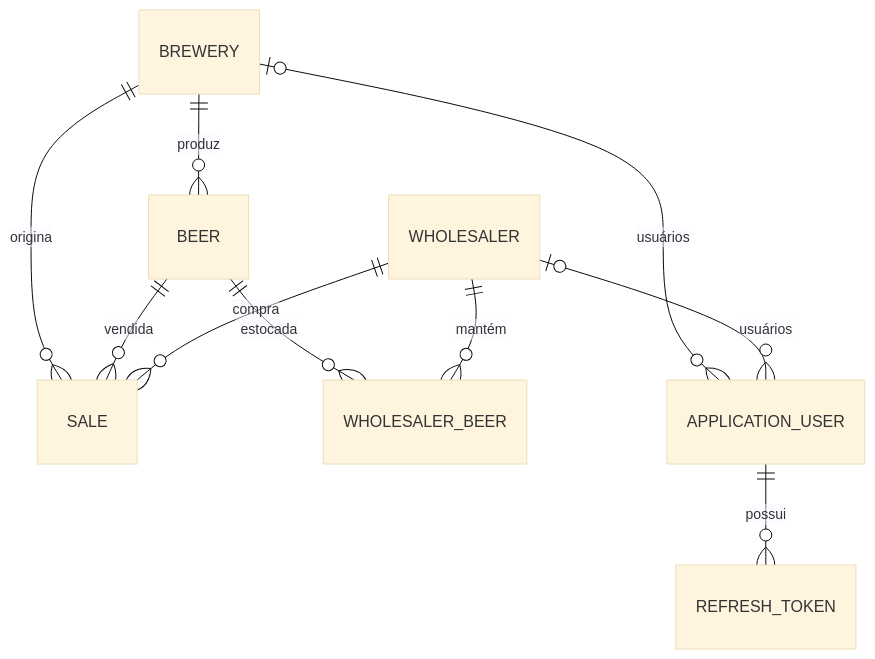
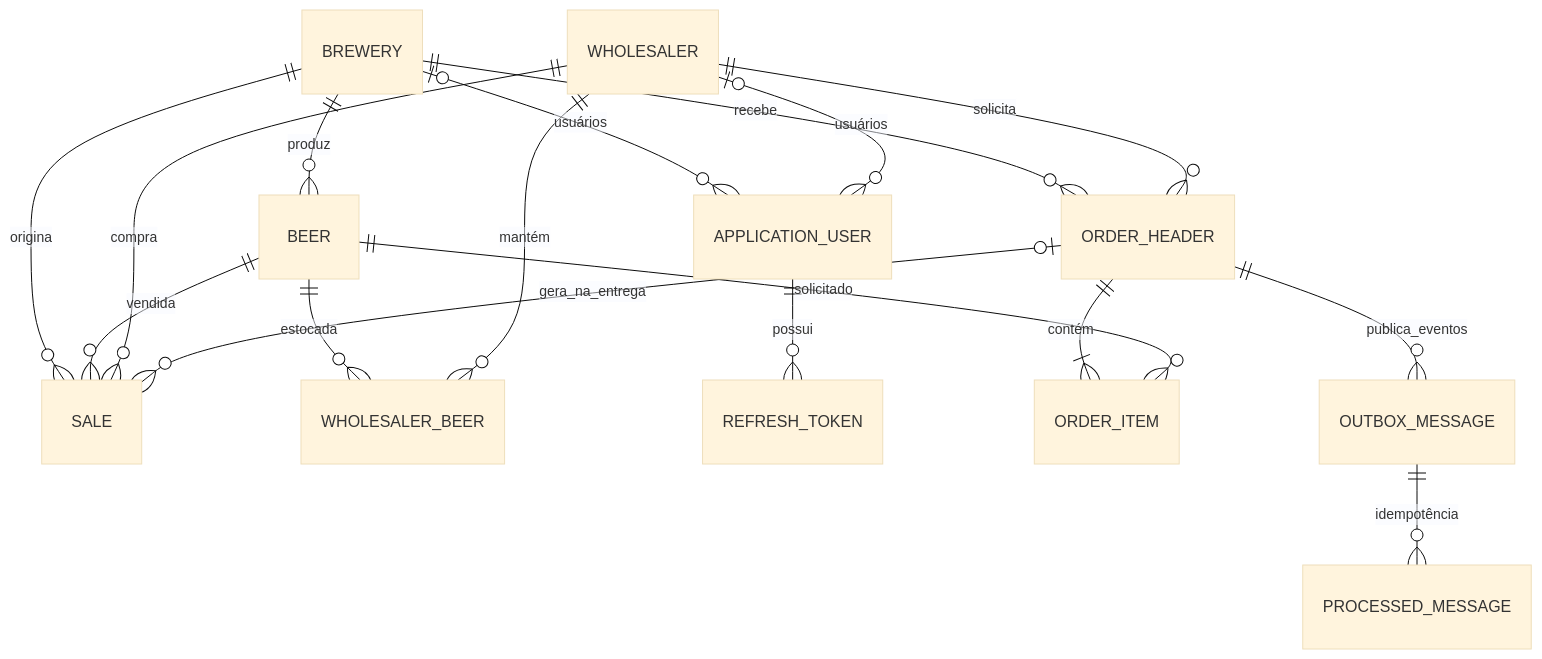
Before and after one commit to LeonardoMarinelli/BeerApi: the second of 4 diagrams in README.md, drawn with Mermaid (base theme). The commit also changed other lines of this file and 100 other files, not shown here.

````diff
--- a/README.md
+++ b/README.md
@@ -28,12 +32,19 @@
 ```mermaid
 erDiagram
     BREWERY ||--o{ BEER : produz
     BREWERY ||--o{ SALE : origina
     BEER ||--o{ SALE : vendida
     WHOLESALER ||--o{ SALE : compra
     BEER ||--o{ WHOLESALER_BEER : estocada
     WHOLESALER ||--o{ WHOLESALER_BEER : mantém
     BREWERY o|--o{ APPLICATION_USER : usuários
     WHOLESALER o|--o{ APPLICATION_USER : usuários
     APPLICATION_USER ||--o{ REFRESH_TOKEN : possui
+    BREWERY ||--o{ ORDER_HEADER : recebe
+    WHOLESALER ||--o{ ORDER_HEADER : solicita
+    ORDER_HEADER ||--|{ ORDER_ITEM : contém
+    BEER ||--o{ ORDER_ITEM : solicitado
+    ORDER_HEADER o|--o{ SALE : gera_na_entrega
+    ORDER_HEADER ||--o{ OUTBOX_MESSAGE : publica_eventos
+    OUTBOX_MESSAGE ||--o{ PROCESSED_MESSAGE : idempotência
 ```
````
